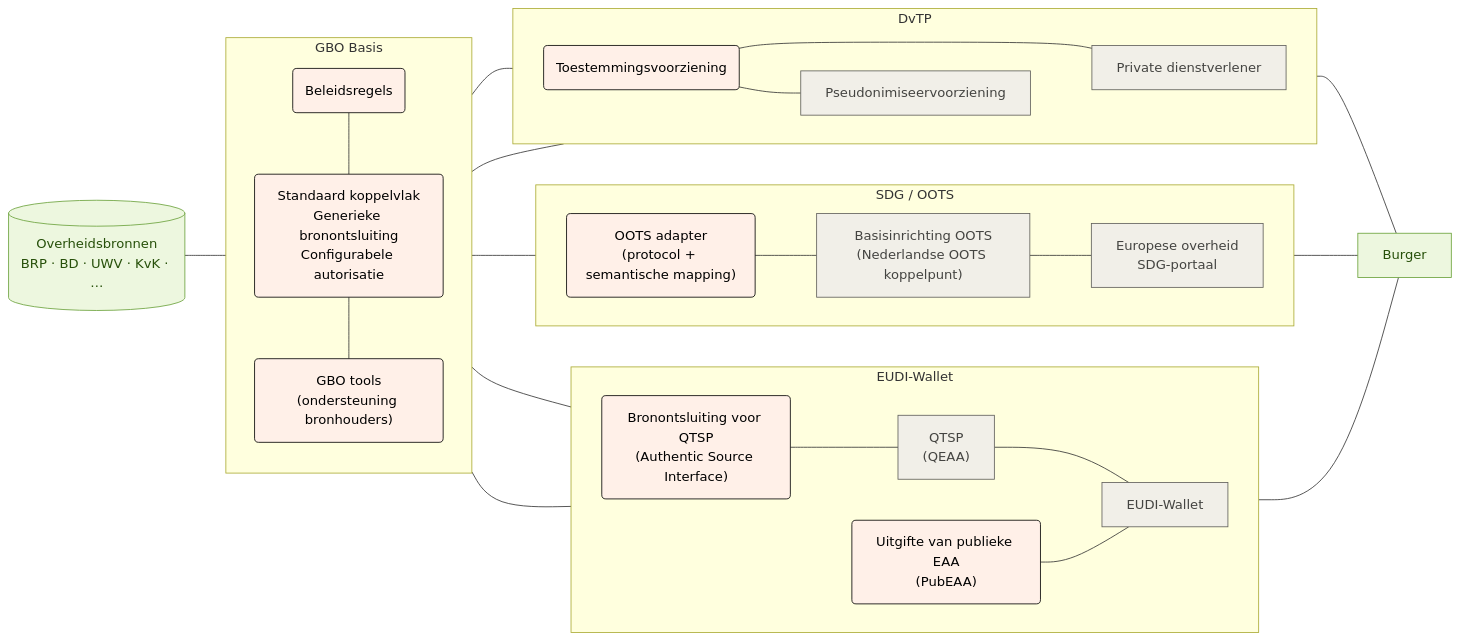
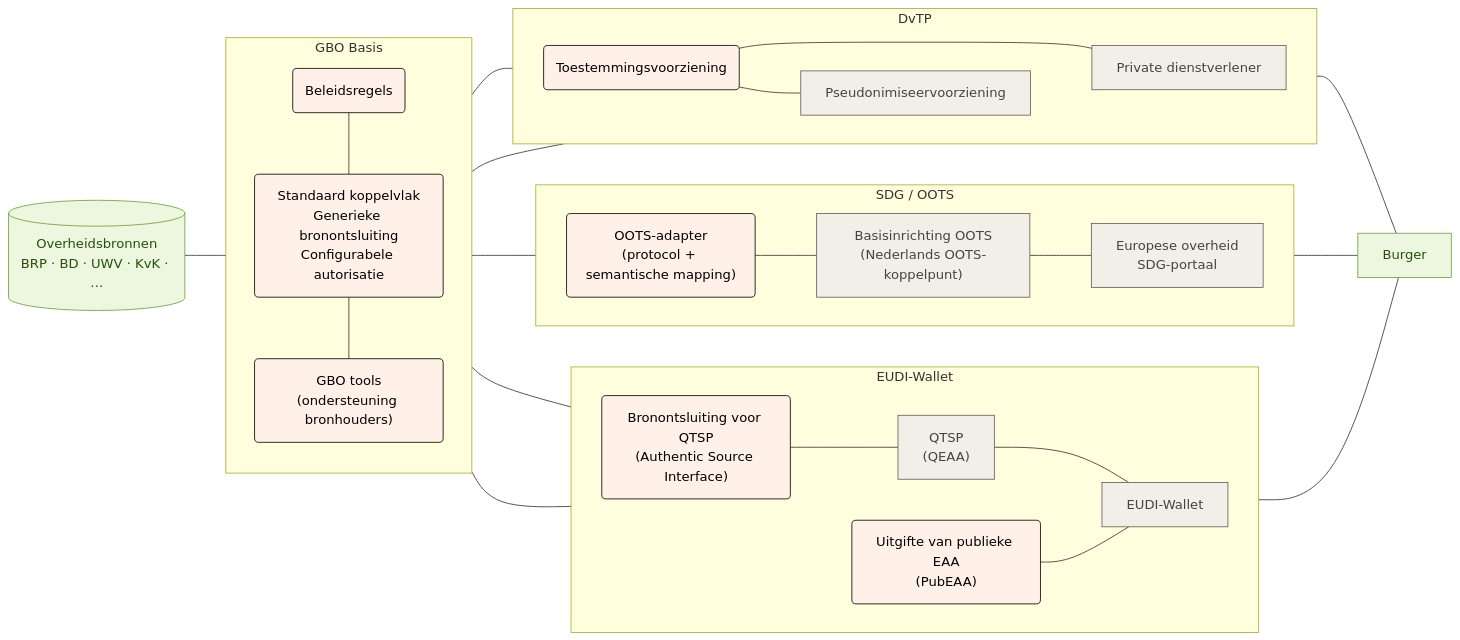
Before and after one commit to ICTU/GBO-GO: the diagram in main/diagrammen/gbo_swimlanes_simpel.mmd, drawn with Mermaid. The commit also changed 8 other files, not shown here.

```diff
--- a/main/diagrammen/gbo_swimlanes_simpel.mmd
+++ b/main/diagrammen/gbo_swimlanes_simpel.mmd
@@ -1,67 +1,67 @@
 flowchart LR
   subgraph gbo["GBO Basis"]
     direction TB
         fsc_pap("Beleidsregels")
         fsc("Standaard koppelvlak<br/>Generieke bronontsluiting<br/>Configurabele autorisatie")
         fsc_tools("GBO tools<br/>(ondersteuning bronhouders)")
   end
   subgraph eudi["EUDI-Wallet"]
     direction LR
         eudi_asi("Bronontsluiting voor QTSP<br/>(Authentic Source Interface)")
         eudi_pubeaa("Uitgifte van publieke EAA<br/>(PubEAA)")
         eudi_qeaa["QTSP<br/>(QEAA)"]
         eudi_wallet["EUDI-Wallet"]
   end
   subgraph oots["SDG / OOTS"]
     direction LR
-        oots_adapter("OOTS adapter<br/>(protocol + semantische mapping)")
-        oots_basis["Basisinrichting OOTS<br/>(Nederlandse OOTS koppelpunt)"]
+        oots_adapter("OOTS-adapter<br/>(protocol + semantische mapping)")
+        oots_basis["Basisinrichting OOTS<br/>(Nederlands OOTS-koppelpunt)"]
         oots_afnemer["Europese overheid<br/>SDG-portaal"]
   end
   subgraph dvtp["DvTP"]
     direction LR
         dvtp_toestemming("Toestemmingsvoorziening")
         dvtp_pseudoniem["Pseudonimiseervoorziening"]
         dvtp_afnemer["Private dienstverlener"]
   end
 
   fsc_pap --- fsc
   fsc --- fsc_tools
   bron[("Overheidsbronnen<br/>BRP · BD · UWV · KvK · …")] --- gbo
   eudi_asi --- eudi_qeaa
   eudi_qeaa --- eudi_wallet
   gbo --- eudi_asi & eudi_pubeaa & oots_adapter & dvtp_afnemer
   eudi_pubeaa --- eudi_wallet
   oots_adapter --- oots_basis
   oots_basis --- oots_afnemer
   gbo --- dvtp_toestemming
   dvtp_toestemming --- dvtp_afnemer
   dvtp_toestemming --- dvtp_pseudoniem
   dvtp_pseudoniem ~~~ dvtp_afnemer
   eudi_wallet --- burger["Burger"]
   oots_afnemer --- burger
   dvtp_afnemer --- burger
 
   fsc_pap:::gbo
   fsc:::gbo
   fsc_tools:::gbo
   eudi_asi:::gbo
   eudi_pubeaa:::gbo
   eudi_qeaa:::eudi
   eudi_wallet:::eudi
   oots_adapter:::gbo
   oots_basis:::oots
   oots_afnemer:::oots
   dvtp_toestemming:::gbo
   dvtp_pseudoniem:::dvtp
   dvtp_afnemer:::dvtp
   bron:::bron
   burger:::burger
 
   classDef bron fill:#edf7df,stroke:#6aa13a,color:#27500a
   classDef generiek fill:#f1efe8,stroke:#5f5e5a,color:#444441
   classDef eudi fill:#f1efe8,stroke:#5f5e5a,color:#444441
   classDef oots fill:#f1efe8,stroke:#5f5e5a,color:#444441
   classDef dvtp fill:#f1efe8,stroke:#5f5e5a,color:#444441
   classDef gbo fill:#fff0e8,stroke:#000000,color:#000000
   classDef burger fill:#edf7df,stroke:#6aa13a,color:#27500a
```
